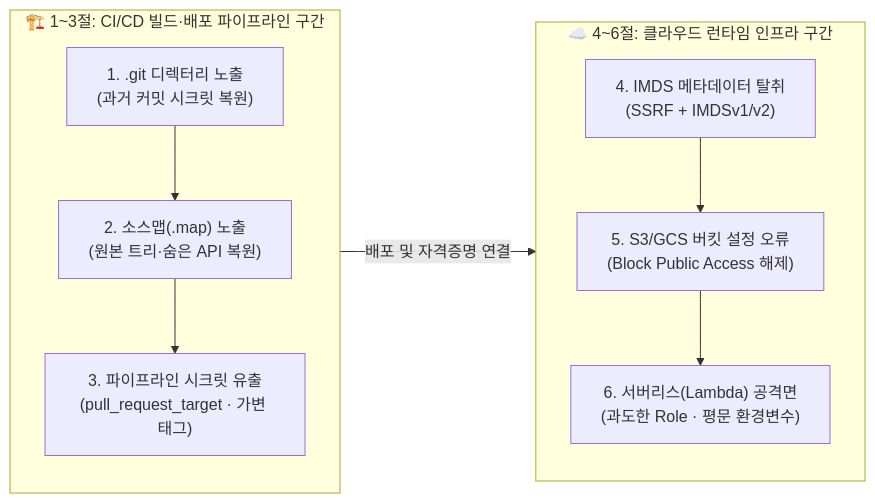
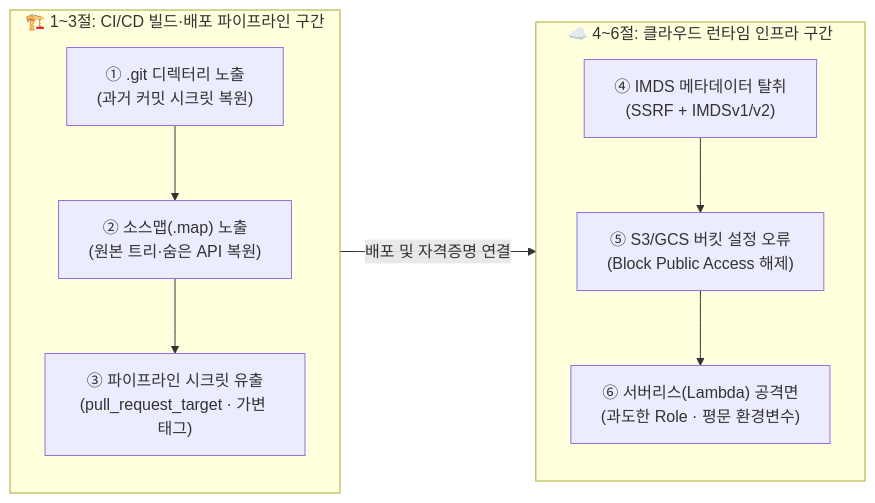
Before and after one commit to gooyong-sec/gooyong-sec.github.io: the first of 2 diagrams in content/웹취약점/웹 취약점 진단 인프라편 — CI-CD와 클라우드 설정 노출.md, drawn with Mermaid. The commit also changed 28 other files, not shown here.

First line of the commit message:
fix: eliminate remaining mermaid markdown-list misparse across all diagrams

````diff
--- a/content/웹취약점/웹 취약점 진단 인프라편 — CI-CD와 클라우드 설정 노출.md
+++ b/content/웹취약점/웹 취약점 진단 인프라편 — CI-CD와 클라우드 설정 노출.md
@@ -21,10 +21,10 @@
 ```mermaid
 flowchart LR
     subgraph SupplyChain["🏗️ 1~3절: CI/CD 빌드·배포 파이프라인 구간"]
-        S1["1. .git 디렉터리 노출<br/>(과거 커밋 시크릿 복원)"] --> S2["2. 소스맵(.map) 노출<br/>(원본 트리·숨은 API 복원)"] --> S3["3. 파이프라인 시크릿 유출<br/>(pull_request_target · 가변 태그)"]
+        S1["① .git 디렉터리 노출<br/>(과거 커밋 시크릿 복원)"] --> S2["② 소스맵(.map) 노출<br/>(원본 트리·숨은 API 복원)"] --> S3["③ 파이프라인 시크릿 유출<br/>(pull_request_target · 가변 태그)"]
     end
     subgraph CloudInfra["☁️ 4~6절: 클라우드 런타임 인프라 구간"]
-        C1["4. IMDS 메타데이터 탈취<br/>(SSRF + IMDSv1/v2)"] --> C2["5. S3/GCS 버킷 설정 오류<br/>(Block Public Access 해제)"] --> C3["6. 서버리스(Lambda) 공격면<br/>(과도한 Role · 평문 환경변수)"]
+        C1["④ IMDS 메타데이터 탈취<br/>(SSRF + IMDSv1/v2)"] --> C2["⑤ S3/GCS 버킷 설정 오류<br/>(Block Public Access 해제)"] --> C3["⑥ 서버리스(Lambda) 공격면<br/>(과도한 Role · 평문 환경변수)"]
     end
     SupplyChain -->|"배포 및 자격증명 연결"| CloudInfra
 ```
````
